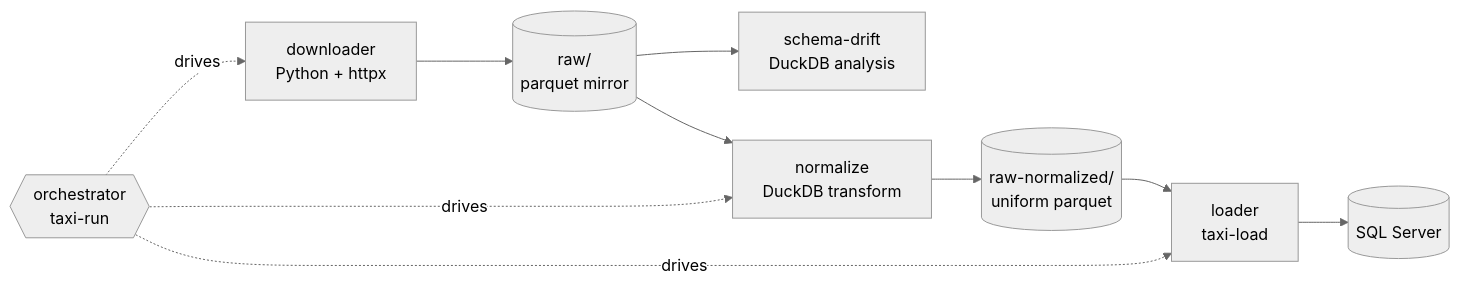
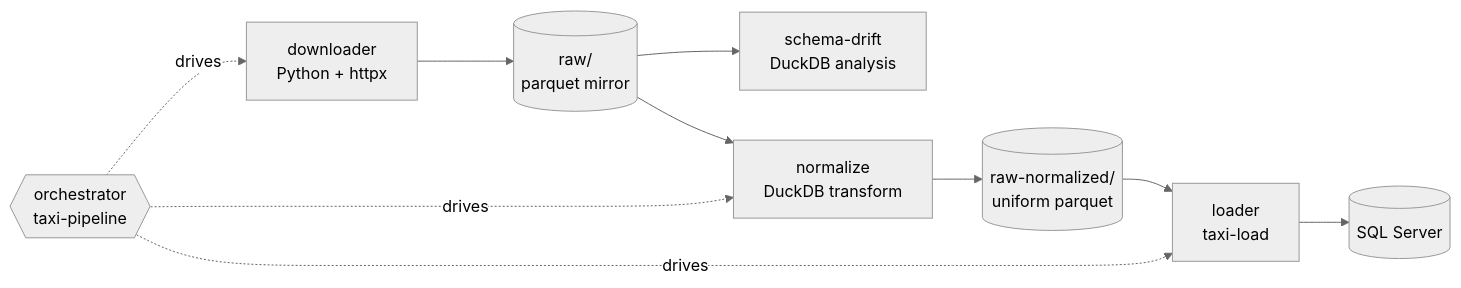
One commit to andrekamman/taxi-seed changed the diagram in docs/architecture.md. Above: the diagram before and after it, drawn with Mermaid (neutral theme). The commit also changed other lines of this file and 113 other files, not shown here.

````diff
--- a/docs/architecture.md
+++ b/docs/architecture.md
@@ -63,22 +63,22 @@
 ```mermaid
 flowchart LR
   DL[downloader<br/>Python + httpx]
   RAW[(raw/<br/>parquet mirror)]
   SD[schema-drift<br/>DuckDB analysis]
   NORM[normalize<br/>DuckDB transform]
   RN[(raw-normalized/<br/>uniform parquet)]
   LOAD[loader<br/>taxi-load]
   SQL[(SQL Server)]
 
   DL --> RAW
   RAW --> SD
   RAW --> NORM
   NORM --> RN
   RN --> LOAD
   LOAD --> SQL
 
-  RUN{{orchestrator<br/>taxi-run}}
+  RUN{{orchestrator<br/>taxi-pipeline}}
   RUN -.drives.-> DL
   RUN -.drives.-> NORM
   RUN -.drives.-> LOAD
 ```
````
